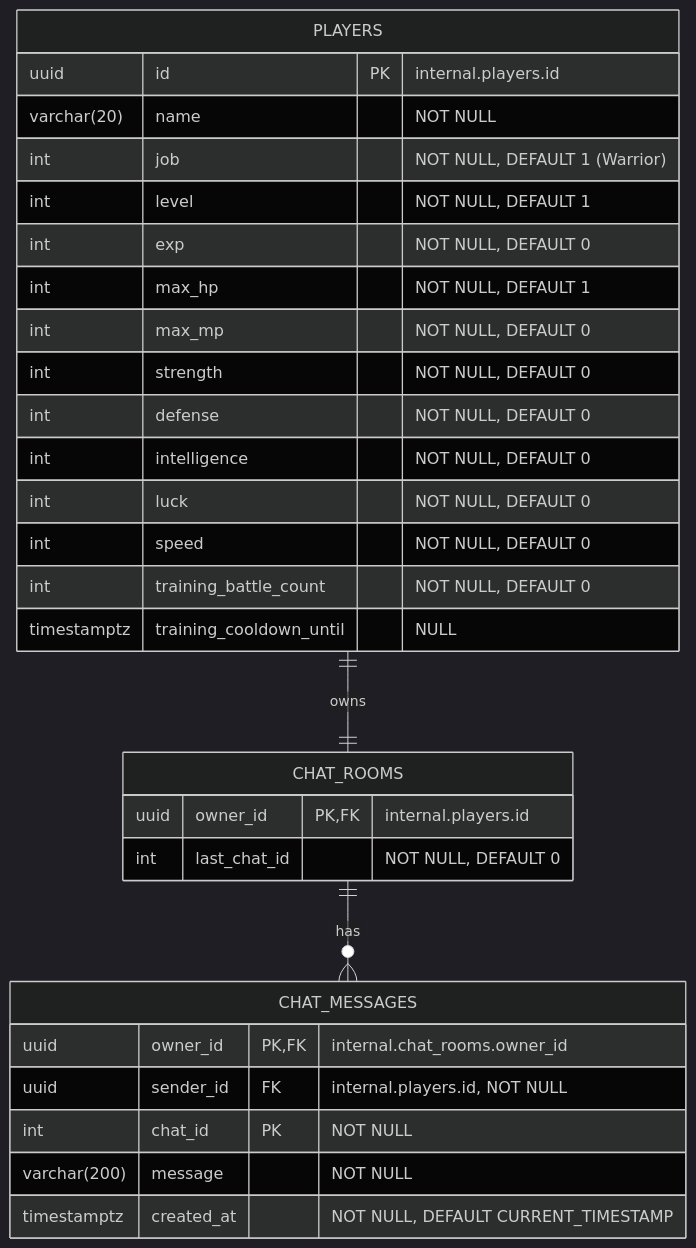
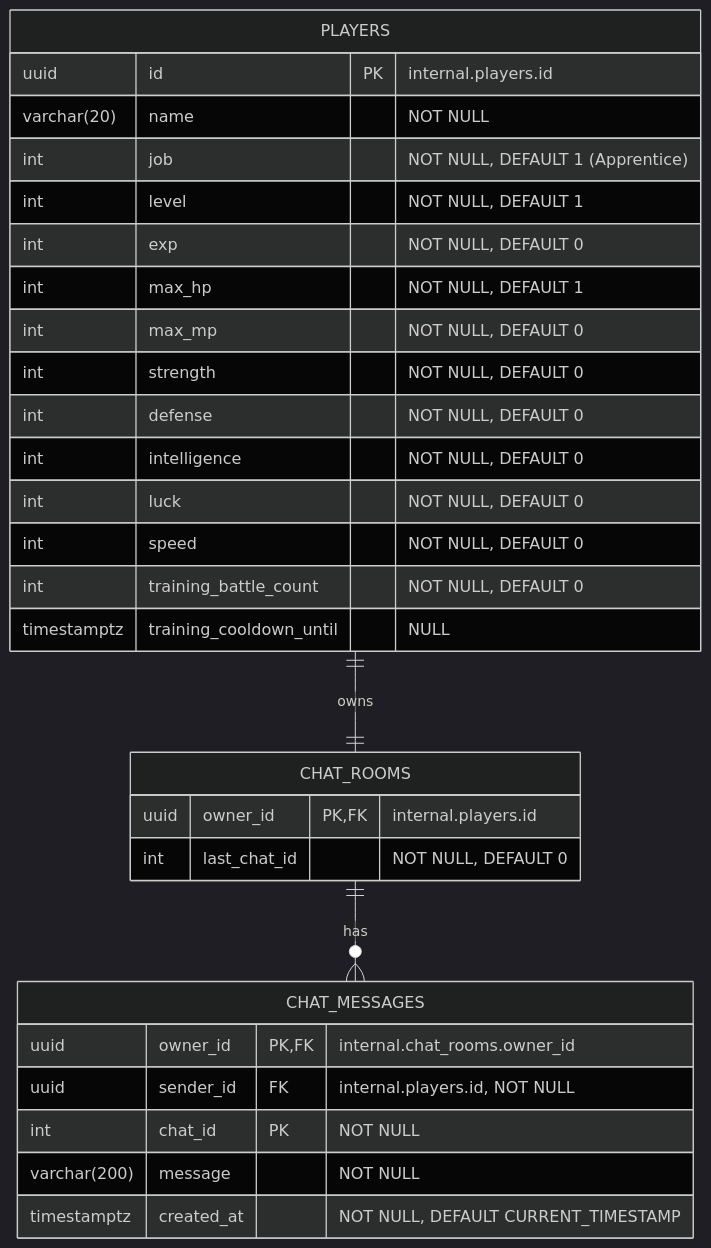
Before and after one commit to ayumu203/nisekue: the diagram in docs/MMD02_ER図.mmd, drawn with Mermaid (dark theme). The commit also changed 2 other files, not shown here.

```diff
--- a/docs/MMD02_ER図.mmd
+++ b/docs/MMD02_ER図.mmd
@@ -1,31 +1,31 @@
 erDiagram
     PLAYERS {
         uuid id PK "internal.players.id"
         varchar(20) name "NOT NULL"
-        int job "NOT NULL, DEFAULT 1 (Warrior)"
+        int job "NOT NULL, DEFAULT 1 (Apprentice)"
         int level "NOT NULL, DEFAULT 1"
         int exp "NOT NULL, DEFAULT 0"
         int max_hp "NOT NULL, DEFAULT 1"
         int max_mp "NOT NULL, DEFAULT 0"
         int strength "NOT NULL, DEFAULT 0"
         int defense "NOT NULL, DEFAULT 0"
         int intelligence "NOT NULL, DEFAULT 0"
         int luck "NOT NULL, DEFAULT 0"
         int speed "NOT NULL, DEFAULT 0"
         int training_battle_count "NOT NULL, DEFAULT 0"
         timestamptz training_cooldown_until "NULL"
     }
     CHAT_ROOMS {
         uuid owner_id PK, FK "internal.players.id"
         int last_chat_id "NOT NULL, DEFAULT 0"
     }
     CHAT_MESSAGES {
         uuid owner_id PK, FK "internal.chat_rooms.owner_id"
         uuid sender_id FK "internal.players.id, NOT NULL"
         int chat_id PK "NOT NULL"
         varchar(200) message "NOT NULL"
         timestamptz created_at "NOT NULL, DEFAULT CURRENT_TIMESTAMP"
     }
 
     PLAYERS ||--|| CHAT_ROOMS : owns
     CHAT_ROOMS ||--o{ CHAT_MESSAGES : has
```
